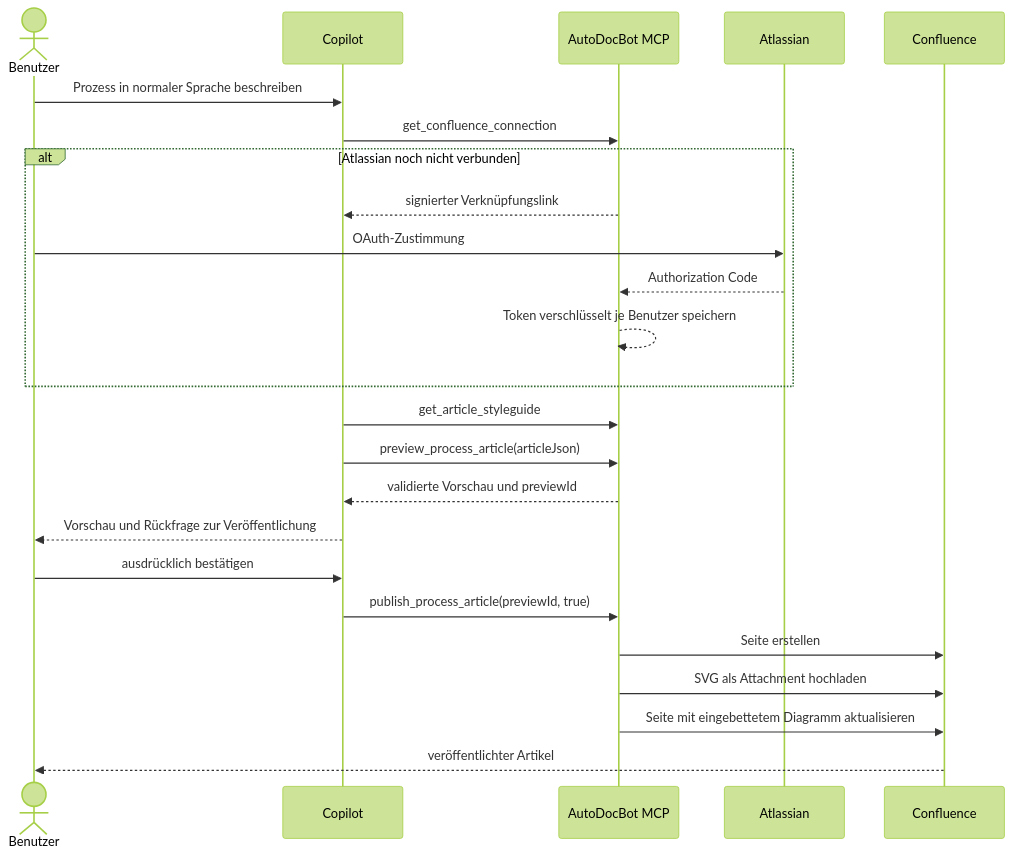
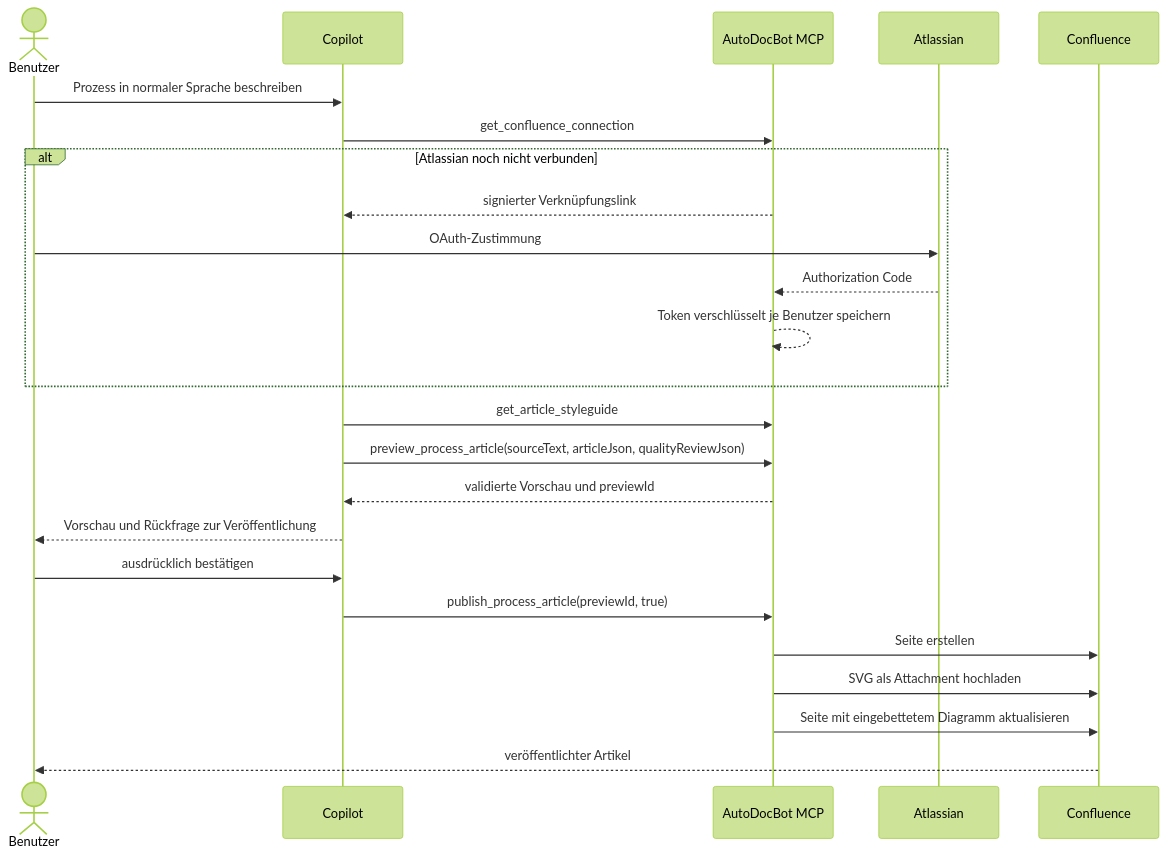
Before and after one commit to DWProv/AutoDocBot-V2: the second of 2 diagrams in README.md, drawn with Mermaid (forest theme). The commit also changed other lines of this file and 8 other files, not shown here.

````diff
--- a/README.md
+++ b/README.md
@@ -108,27 +108,27 @@
 ```mermaid
 sequenceDiagram
     actor User as Benutzer
     participant Copilot
     participant MCP as AutoDocBot MCP
     participant Atlassian
     participant Confluence
 
     User->>Copilot: Prozess in normaler Sprache beschreiben
     Copilot->>MCP: get_confluence_connection
     alt Atlassian noch nicht verbunden
         MCP-->>Copilot: signierter Verknüpfungslink
         User->>Atlassian: OAuth-Zustimmung
         Atlassian-->>MCP: Authorization Code
         MCP-->>MCP: Token verschlüsselt je Benutzer speichern
     end
     Copilot->>MCP: get_article_styleguide
-    Copilot->>MCP: preview_process_article(articleJson)
+    Copilot->>MCP: preview_process_article(sourceText, articleJson, qualityReviewJson)
     MCP-->>Copilot: validierte Vorschau und previewId
     Copilot-->>User: Vorschau und Rückfrage zur Veröffentlichung
     User->>Copilot: ausdrücklich bestätigen
     Copilot->>MCP: publish_process_article(previewId, true)
     MCP->>Confluence: Seite erstellen
     MCP->>Confluence: SVG als Attachment hochladen
     MCP->>Confluence: Seite mit eingebettetem Diagramm aktualisieren
     Confluence-->>User: veröffentlichter Artikel
 ```
````
